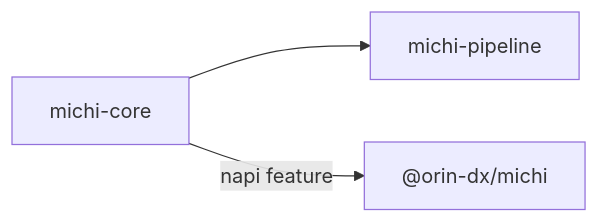
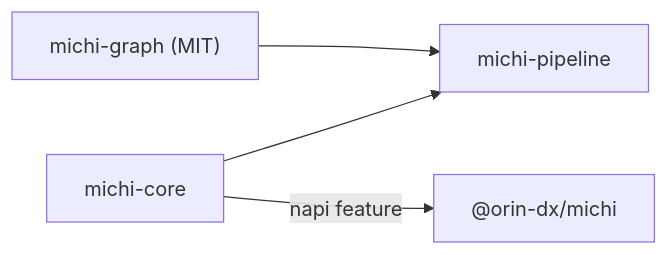
Before and after one commit to orin-dx/michi: the diagram in README.md, drawn with Mermaid. The commit also changed other lines of this file and 29 other files, not shown here.

First line of the commit message:
feat(michi-graph): MIT dependency-graph crate; Plan builds on it

````diff
--- a/README.md
+++ b/README.md
@@ -132,9 +132,11 @@
 ```mermaid
 graph LR
     core[michi-core]
     pipeline[michi-pipeline]
+    graphcrate["michi-graph (MIT)"]
     node["@orin-dx/michi"]
 
     core --> pipeline
+    graphcrate --> pipeline
     core -- napi feature --> node
 ```
````
